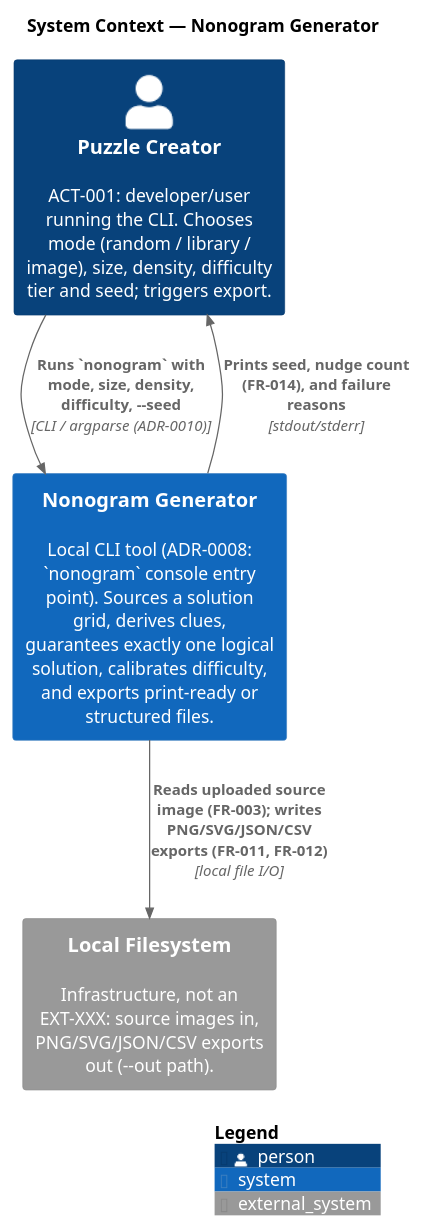
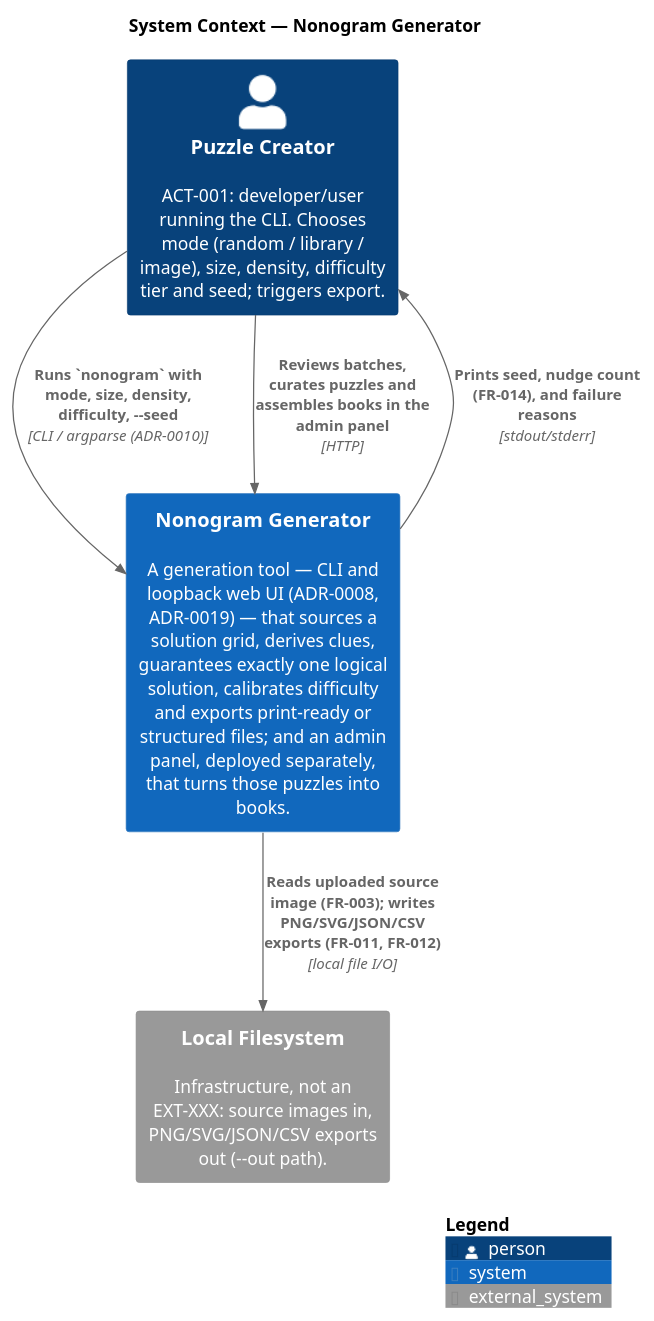
The diagram in meta/architecture/c4/context.puml (et0175/nonogram), drawn with PlantUML before and after one commit. The commit also changed 2 other files, not shown here.

```diff
--- a/meta/architecture/c4/context.puml
+++ b/meta/architecture/c4/context.puml
@@ -1,40 +1,41 @@
 @startuml
 !include <C4/C4_Context>
 ' ============================================================
 ' C4 Context Diagram — Auto-generated by forge:architect-synthesis.
 ' Do not edit manually.
 ' Source: meta/architecture/domain/ + decisions/
 ' Generated from:
 '   ACT-001 (PuzzleCreator, human)
 '   ACT-002 (System — the tool's own automation: solver, scorer, retry
 '            loops; SAME local process, therefore NOT drawn as an actor
 '            or external system; it appears as internal components at L3)
-'   external_systems.yml — EMPTY: standalone CLI tool, no network,
-'            no third-party or sibling-owned system (vision.md
-'            "Context constraints", CON-001, CON-003 — both now
-'            superseded, by CON-007 and CON-017; CON-017 keeps the
-'            statelessness for the pipeline this diagram draws, while
-'            the admin panel's database is a system element this
-'            diagram does not yet show — CARD-111, 2026-09-22)
+'   external_systems.yml — EMPTY, and still correct after CARD-112
+'            (2026-09-22): no third-party or sibling-owned system. The
+'            admin panel's Postgres database is NOT an EXT-XXX — it is the
+'            system's own store, owned and migrated by this repository,
+'            so it is a ContainerDb inside the boundary (containers.puml),
+'            not an external system beside it. Constraints: CON-007 and
+'            CON-017, which superseded CON-001 and CON-003.
 '   The local filesystem is drawn below as a boundary element for
 '            readability only — per external_systems.yml it is
 '            infrastructure, NOT an EXT-XXX.
 ' ADR references:
 '   ADR-0008 (installable package, `nonogram` console entry point)
 '   ADR-0010 (stdlib argparse CLI surface)
 '   ADR-0015 (--seed flag; seed echoed to the user for reproducibility)
 ' ============================================================
 title System Context — Nonogram Generator
 
 Person(puzzleCreator, "Puzzle Creator", "ACT-001: developer/user running the CLI. Chooses mode (random / library / image), size, density, difficulty tier and seed; triggers export.")
 
-System(nonogram, "Nonogram Generator", "Local CLI tool (ADR-0008: `nonogram` console entry point). Sources a solution grid, derives clues, guarantees exactly one logical solution, calibrates difficulty, and exports print-ready or structured files.")
+System(nonogram, "Nonogram Generator", "A generation tool — CLI and loopback web UI (ADR-0008, ADR-0019) — that sources a solution grid, derives clues, guarantees exactly one logical solution, calibrates difficulty and exports print-ready or structured files; and an admin panel, deployed separately, that turns those puzzles into books.")
 
 System_Ext(filesystem, "Local Filesystem", "Infrastructure, not an EXT-XXX: source images in, PNG/SVG/JSON/CSV exports out (--out path).")
 
 Rel(puzzleCreator, nonogram, "Runs `nonogram` with mode, size, density, difficulty, --seed", "CLI / argparse (ADR-0010)")
 Rel(nonogram, puzzleCreator, "Prints seed, nudge count (FR-014), and failure reasons", "stdout/stderr")
+Rel(puzzleCreator, nonogram, "Reviews batches, curates puzzles and assembles books in the admin panel", "HTTP")
 Rel(nonogram, filesystem, "Reads uploaded source image (FR-003); writes PNG/SVG/JSON/CSV exports (FR-011, FR-012)", "local file I/O")
 
 SHOW_LEGEND()
 @enduml
```
